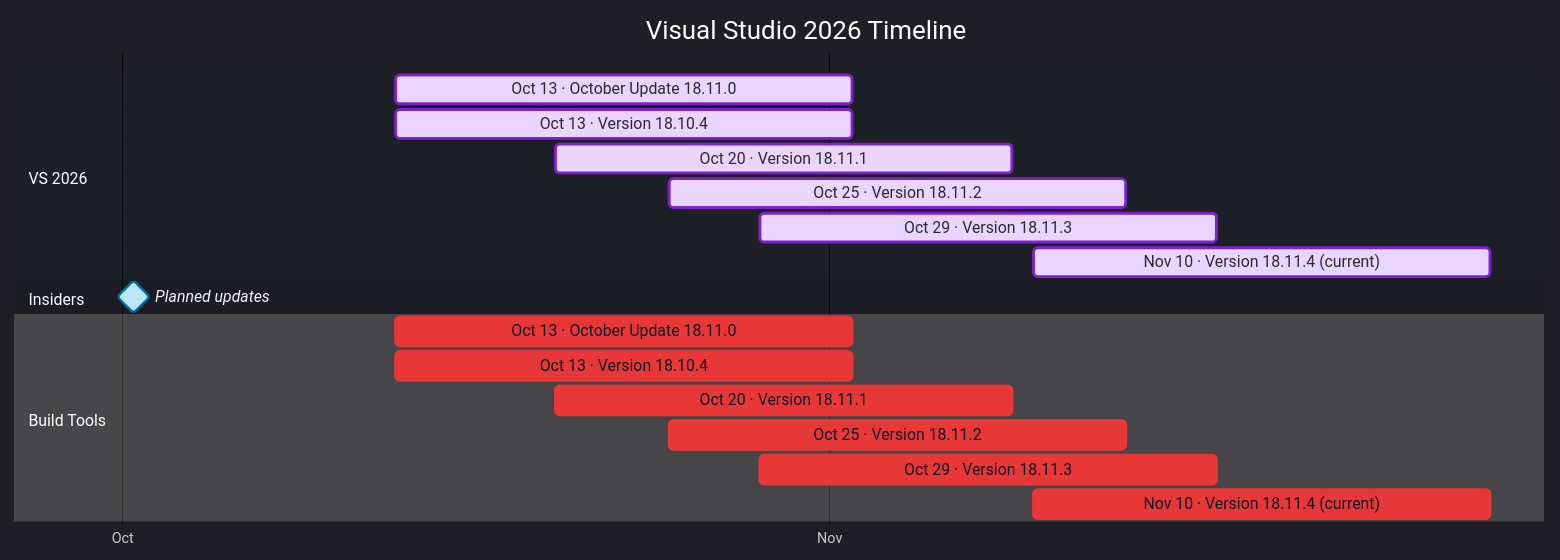
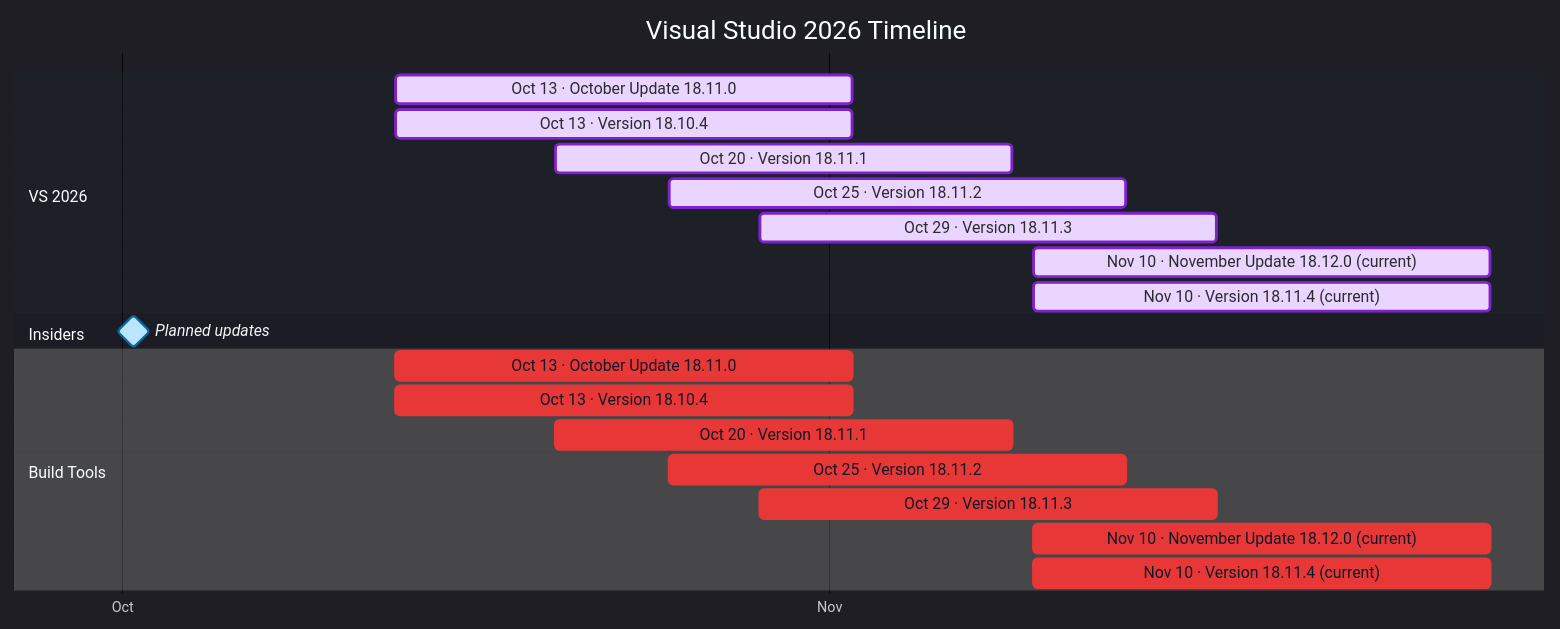
One commit to Oxelya-DevTools/VisualStudioUpdate changed the diagram in docs/visual-studio-2026.md. Above: the diagram before and after it, drawn with Mermaid. The commit also changed other lines of this file and 3 other files, not shown here.

````diff
--- a/docs/visual-studio-2026.md
+++ b/docs/visual-studio-2026.md
@@ -9,24 +9,26 @@
 ```mermaid
 %%{init: {'theme':'dark','themeVariables': { 'fontFamily': 'Segoe UI', 'fontSize': '24px', 'textColor': '#F3F4F6', 'titleTextColor': '#FFFFFF', 'taskTextColor': '#111827', 'taskTextLightColor': '#111827', 'taskTextOutsideColor': '#F3F4F6', 'taskBkgColor': '#BAE6FD', 'taskBorderColor': '#0369A1', 'doneTaskBkgColor': '#E9D5FF', 'doneTaskBorderColor': '#7E22CE', 'activeTaskBkgColor': '#99F6E4', 'activeTaskBorderColor': '#0F766E', 'critTaskBkgColor': '#FED7AA', 'critTaskBorderColor': '#C2410C', 'sectionBkgColor': '#1F2937', 'altSectionBkgColor': '#111827', 'gridColor': '#4B5563', 'todayLineColor': '#F87171' }}}%%
 gantt
     title Visual Studio 2026 Timeline
     dateFormat  YYYY-MM-DD
     axisFormat  %b
     tickInterval 1month
     section VS 2026
     Oct 13 · October Update 18.11.0 : done, vs2026202610130, 2026-10-13, 20d
     Oct 13 · Version 18.10.4 : done, vs2026202610131, 2026-10-13, 20d
     Oct 20 · Version 18.11.1 : done, vs2026202610202, 2026-10-20, 20d
     Oct 25 · Version 18.11.2 : done, vs2026202610253, 2026-10-25, 20d
     Oct 29 · Version 18.11.3 : done, vs2026202610294, 2026-10-29, 20d
-    Nov 10 · Version 18.11.4 (current) : done, vs2026202611105, 2026-11-10, 20d
+    Nov 10 · November Update 18.12.0 (current) : done, vs2026202611105, 2026-11-10, 20d
+    Nov 10 · Version 18.11.4 (current) : done, vs2026202611106, 2026-11-10, 20d
     section Insiders
     Planned updates : milestone, insidersplanned, 2026-10-01, 1d
     section Build Tools
     Oct 13 · October Update 18.11.0 : crit, buildtools202610130, 2026-10-13, 20d
     Oct 13 · Version 18.10.4 : crit, buildtools202610131, 2026-10-13, 20d
     Oct 20 · Version 18.11.1 : crit, buildtools202610202, 2026-10-20, 20d
     Oct 25 · Version 18.11.2 : crit, buildtools202610253, 2026-10-25, 20d
     Oct 29 · Version 18.11.3 : crit, buildtools202610294, 2026-10-29, 20d
-    Nov 10 · Version 18.11.4 (current) : crit, buildtools202611105, 2026-11-10, 20d
+    Nov 10 · November Update 18.12.0 (current) : crit, buildtools202611105, 2026-11-10, 20d
+    Nov 10 · Version 18.11.4 (current) : crit, buildtools202611106, 2026-11-10, 20d
 ```
````
